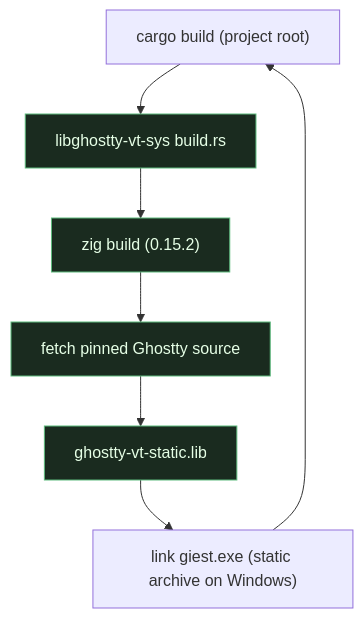
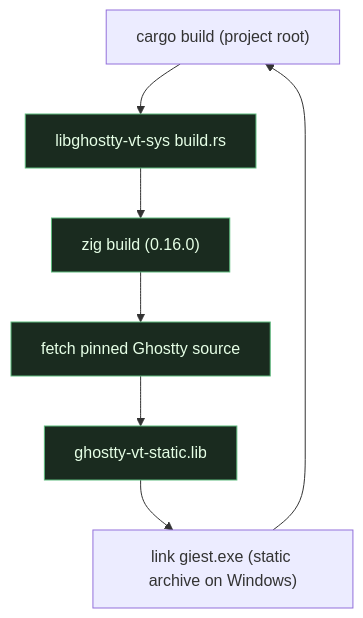
Before and after one commit to stvnksslr/geist: the diagram in docs/guides/building.md, drawn with Mermaid. The commit also changed other lines of this file and 46 other files, not shown here.

First line of the commit message:
build: bump libghostty to ghostty main (b32f20f) on libghostty-rs HEAD; Zig 0.16

````diff
--- a/docs/guides/building.md
+++ b/docs/guides/building.md
@@ -49,14 +49,14 @@
 ```mermaid
 flowchart TB
     cargo["cargo build (project root)"]
     sys["libghostty-vt-sys build.rs"]
-    zig["zig build (0.15.2)"]
+    zig["zig build (0.16.0)"]
     fetch["fetch pinned Ghostty source"]
     archive["ghostty-vt-static.lib"]
     link["link giest.exe (static archive on Windows)"]
 
     cargo --> sys --> zig --> fetch --> archive --> link --> cargo
 
     classDef v fill:#1a2b1f,stroke:#5cba7c,color:#e6ffe6
     class sys,zig,fetch,archive v
 ```
````
